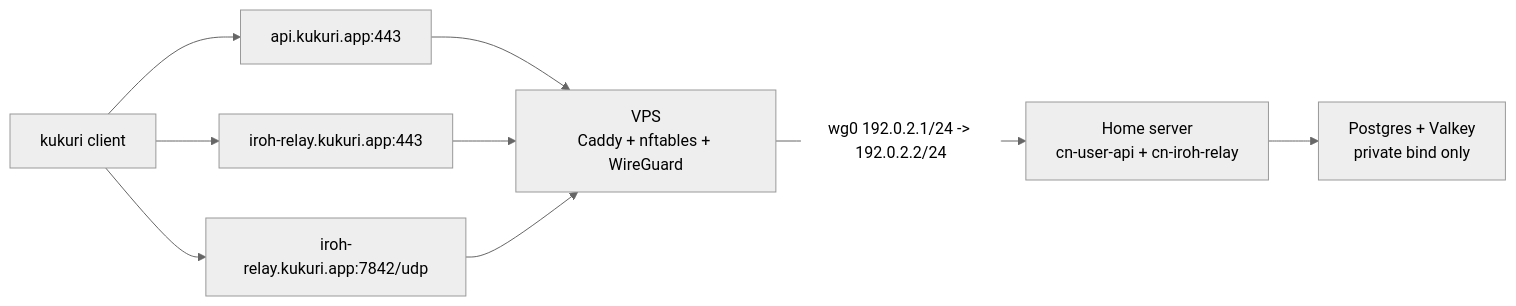
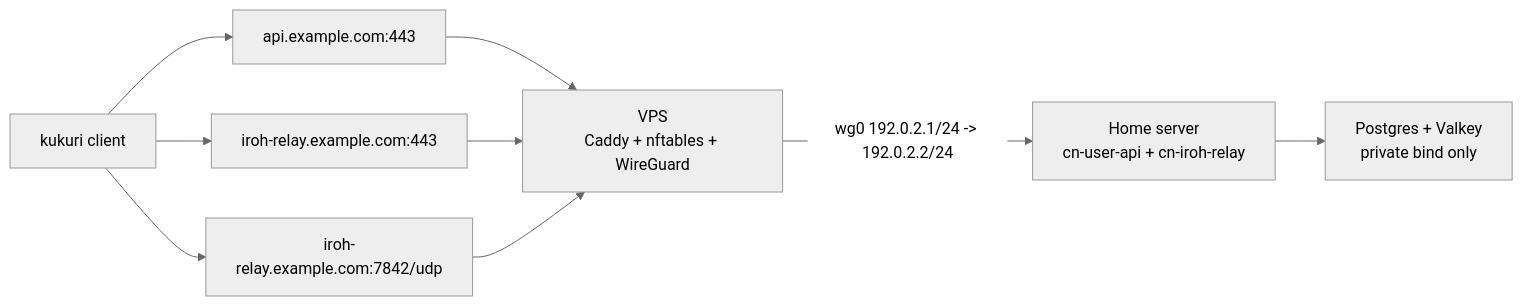
One commit to KingYoSun/kukuri changed the diagram in docs/runbooks/community-node-self-host-vps.md. Above: the diagram before and after it, drawn with Mermaid (neutral theme). The commit also changed other lines of this file and 43 other files, not shown here.

````diff
--- a/docs/runbooks/community-node-self-host-vps.md
+++ b/docs/runbooks/community-node-self-host-vps.md
@@ -14,13 +14,13 @@
 ```mermaid
 flowchart LR
-  Client["kukuri client"] --> ApiDns["api.kukuri.app:443"]
-  Client --> RelayHttps["iroh-relay.kukuri.app:443"]
-  Client --> RelayQuic["iroh-relay.kukuri.app:7842/udp"]
+  Client["kukuri client"] --> ApiDns["api.example.com:443"]
+  Client --> RelayHttps["iroh-relay.example.com:443"]
+  Client --> RelayQuic["iroh-relay.example.com:7842/udp"]
 
   ApiDns --> VPS["VPS<br/>Caddy + nftables + WireGuard"]
   RelayHttps --> VPS
   RelayQuic --> VPS
 
   VPS -->|wg0 192.0.2.1/24 -> 192.0.2.2/24| Home["Home server<br/>cn-user-api + cn-iroh-relay"]
   Home --> PrivateState["Postgres + Valkey<br/>private bind only"]
 ```
````
